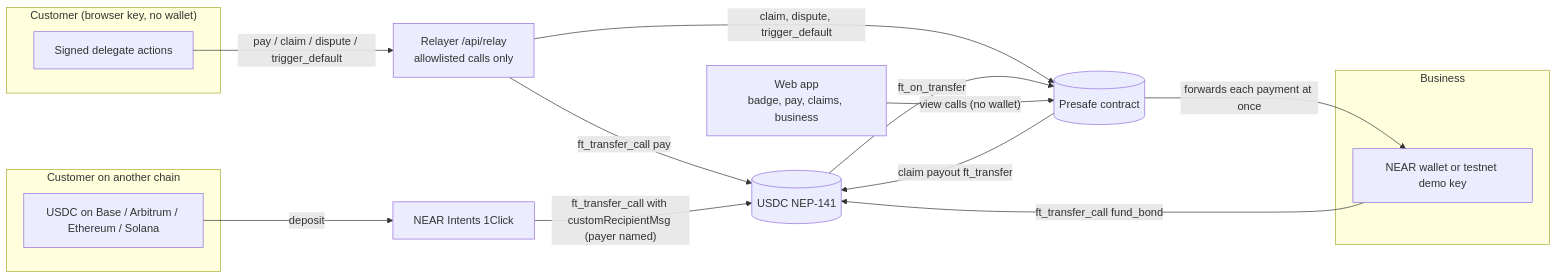
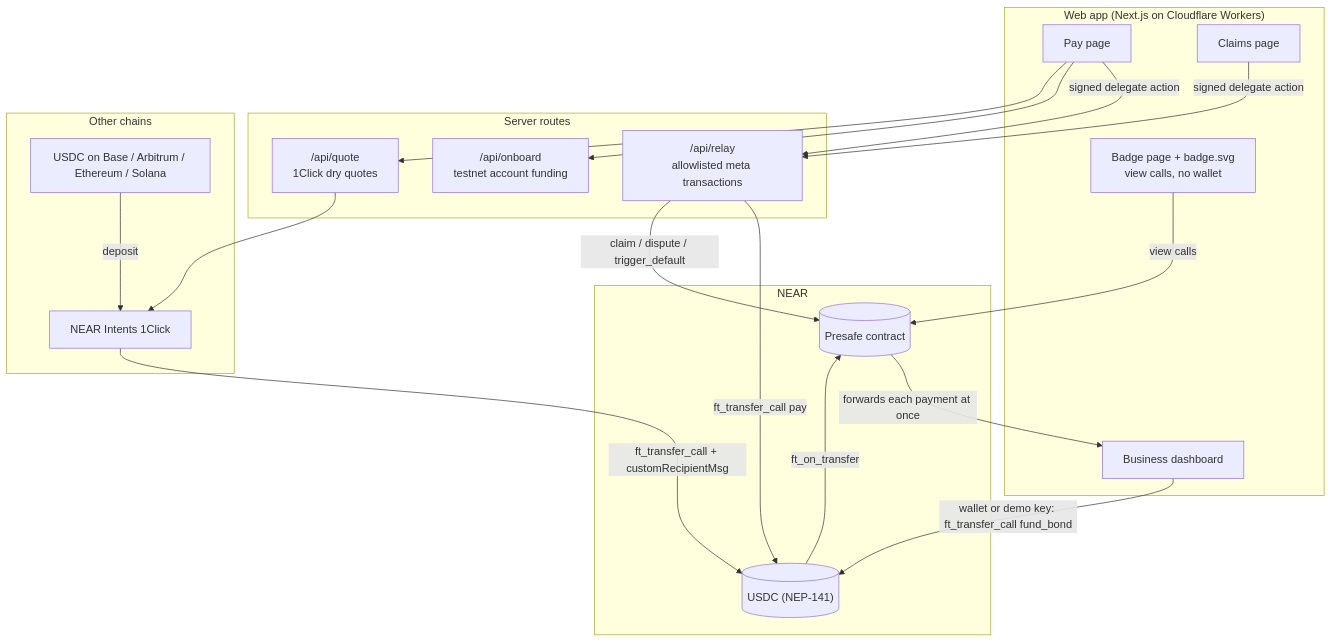
The first of 2 diagrams in README.md (ahmardchain/presafe), drawn with Mermaid before and after one commit. The commit also changed other lines of this file and 11 other files, not shown here.

````diff
--- a/README.md
+++ b/README.md
@@ -63,28 +162,35 @@
 ```mermaid
-flowchart LR
-  subgraph Customer["Customer (browser key, no wallet)"]
-    CK[Signed delegate actions]
+flowchart TB
+  subgraph UI["Web app (Next.js on Cloudflare Workers)"]
+    Badge["Badge page + badge.svg<br/>view calls, no wallet"]
+    Pay["Pay page"]
+    Claims["Claims page"]
+    Biz["Business dashboard"]
   end
-  subgraph Other["Customer on another chain"]
-    EVM[USDC on Base / Arbitrum / Ethereum / Solana]
+  subgraph API["Server routes"]
+    Relay["/api/relay<br/>allowlisted meta transactions"]
+    Onboard["/api/onboard<br/>testnet account funding"]
+    Quote["/api/quote<br/>1Click dry quotes"]
   end
-  subgraph Business
-    BW[NEAR wallet or testnet demo key]
+  subgraph Chain["NEAR"]
+    USDC[("USDC (NEP-141)")]
+    Presafe[("Presafe contract")]
   end
-  R["Relayer /api/relay<br/>allowlisted calls only"]
-  OC[NEAR Intents 1Click]
-  U[(USDC NEP-141)]
-  C[(Presafe contract)]
-  Web["Web app<br/>badge, pay, claims, business"]
+  subgraph Other["Other chains"]
+    OC["NEAR Intents 1Click"]
+    EVM["USDC on Base / Arbitrum / Ethereum / Solana"]
+  end
 
-  BW -- "ft_transfer_call fund_bond" --> U
-  CK -- "pay / claim / dispute / trigger_default" --> R
-  R -- "ft_transfer_call pay" --> U
-  R -- "claim, dispute, trigger_default" --> C
+  Pay -- "signed delegate action" --> Relay
+  Claims -- "signed delegate action" --> Relay
+  Pay --> Onboard
+  Pay --> Quote --> OC
+  Biz -- "wallet or demo key: ft_transfer_call fund_bond" --> USDC
+  Relay -- "ft_transfer_call pay" --> USDC
+  Relay -- "claim / dispute / trigger_default" --> Presafe
   EVM -- deposit --> OC
-  OC -- "ft_transfer_call with customRecipientMsg (payer named)" --> U
-  U -- ft_on_transfer --> C
-  C -- "forwards each payment at once" --> BW
-  C -- "claim payout ft_transfer" --> U
-  Web -- "view calls (no wallet)" --> C
+  OC -- "ft_transfer_call + customRecipientMsg" --> USDC
+  USDC -- ft_on_transfer --> Presafe
+  Presafe -- "forwards each payment at once" --> Biz
+  Badge -- "view calls" --> Presafe
 ```
````
